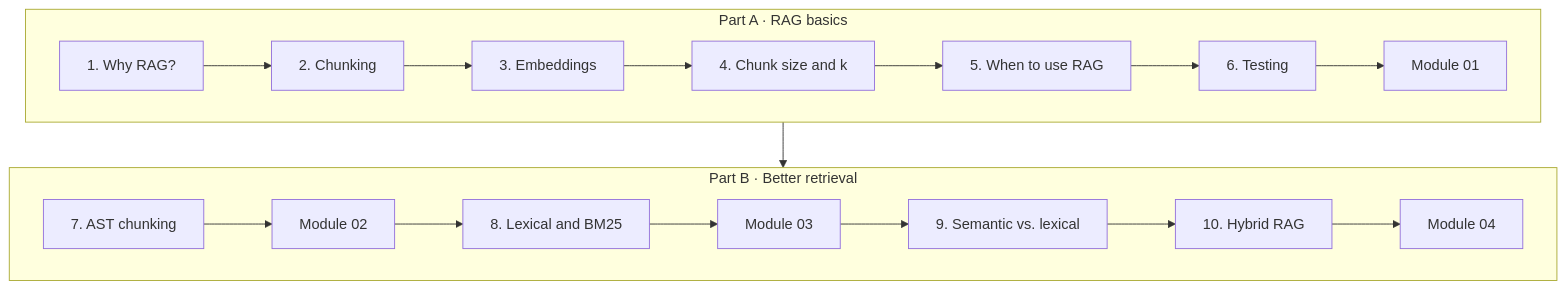
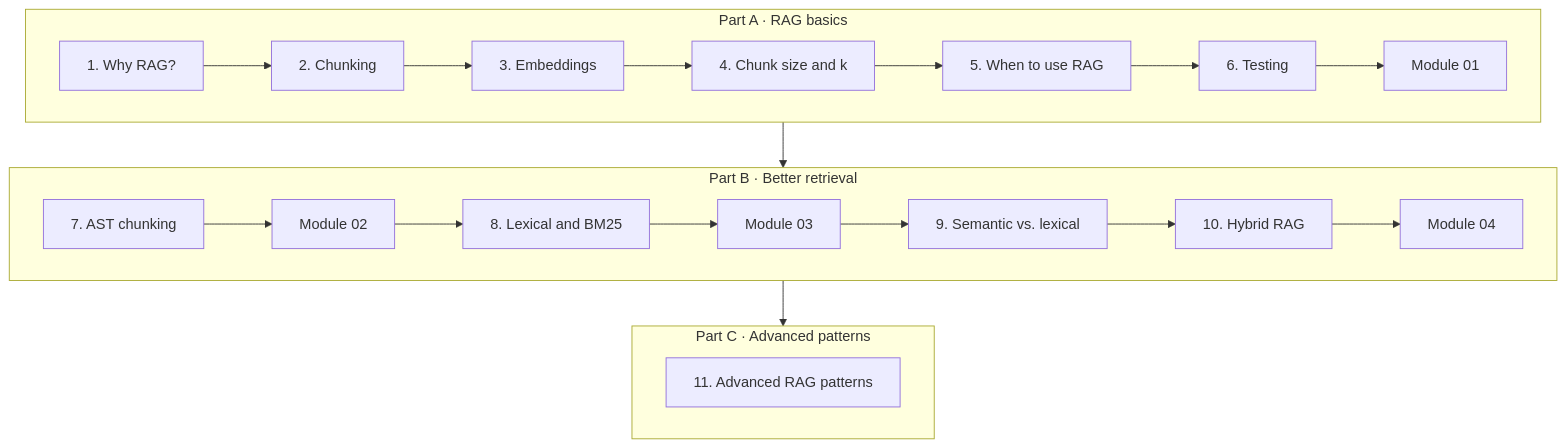
One commit to prudhivi99/Agentic-System-Design changed the diagram in docs/concepts/01-rag/README.md. Above: the diagram before and after it, drawn with Mermaid. The commit also changed other lines of this file and 12 other files, not shown here.

Commit message:
Add "Advanced RAG patterns" page with diagrams

````diff
--- a/docs/concepts/01-rag/README.md
+++ b/docs/concepts/01-rag/README.md
@@ -10,12 +10,16 @@
 ```mermaid
 flowchart TB
     subgraph A["Part A · RAG basics"]
         direction LR
         A1["1. Why RAG?"] --> A2["2. Chunking"] --> A3["3. Embeddings"] --> A4["4. Chunk size and k"] --> A5["5. When to use RAG"] --> A6["6. Testing"] --> M1["Module 01"]
     end
     subgraph B["Part B · Better retrieval"]
         direction LR
         B7["7. AST chunking"] --> M2["Module 02"] --> B8["8. Lexical and BM25"] --> M3["Module 03"] --> B9["9. Semantic vs. lexical"] --> B10["10. Hybrid RAG"] --> M4["Module 04"]
     end
-    A --> B
+    subgraph C["Part C · Advanced patterns"]
+        direction LR
+        C11["11. Advanced RAG patterns"]
+    end
+    A --> B --> C
 ```
````
